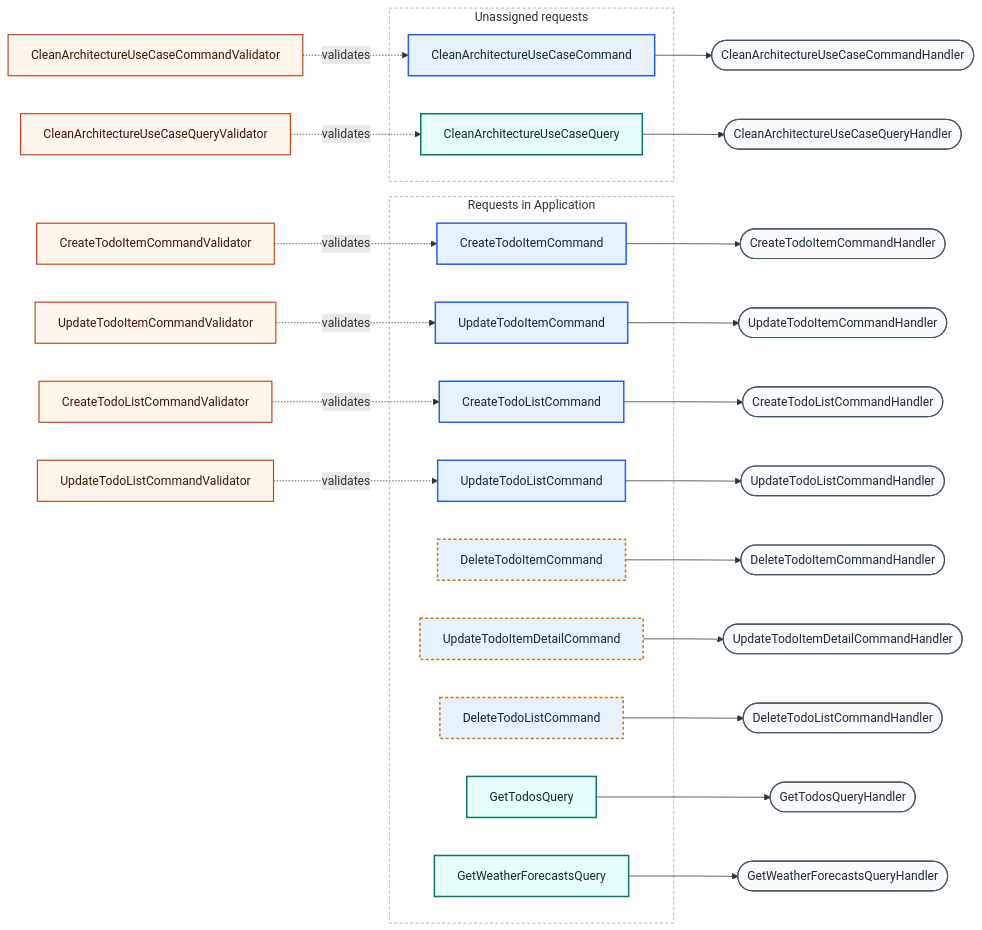
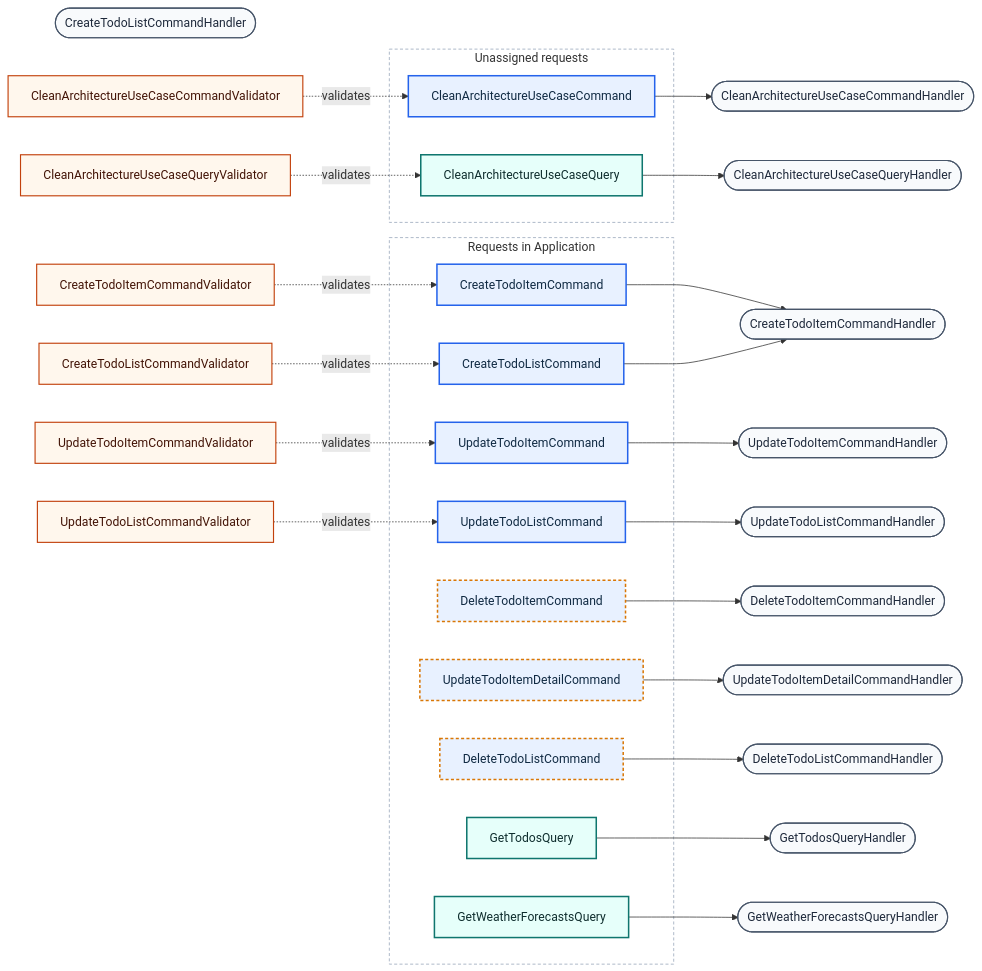
The fifth of 6 diagrams in README.md (AbdullahHakima/cqrslens), drawn with Mermaid before and after one commit. The commit also changed other lines of this file and 11 other files, not shown here.

Commit message:
feat: add architecture diff CLI (--diff/--diff-output) and PR comment Action mode (v0.7.0)

````diff
--- a/README.md
+++ b/README.md
@@ -473,62 +526,62 @@
 ```mermaid
 flowchart LR
     accTitle: CQRS map
     accDescr: 11 requests, 11 handlers, 6 validators, 3 CommandWithoutValidator.
     subgraph prj__unassigned_["Unassigned requests"]
         req_CleanArchitectureUseCaseCommand["CleanArchitectureUseCaseCommand"]:::clsCommand
         req_CleanArchitectureUseCaseQuery["CleanArchitectureUseCaseQuery"]:::clsQuery
     end
     subgraph prj_Application["Requests in Application"]
         req_CreateTodoItemCommand["CreateTodoItemCommand"]:::clsCommand
         req_DeleteTodoItemCommand["DeleteTodoItemCommand"]:::clsCommandNoValidator
         req_UpdateTodoItemCommand["UpdateTodoItemCommand"]:::clsCommand
         req_UpdateTodoItemDetailCommand["UpdateTodoItemDetailCommand"]:::clsCommandNoValidator
         req_CreateTodoListCommand["CreateTodoListCommand"]:::clsCommand
         req_DeleteTodoListCommand["DeleteTodoListCommand"]:::clsCommandNoValidator
         req_UpdateTodoListCommand["UpdateTodoListCommand"]:::clsCommand
         req_GetTodosQuery["GetTodosQuery"]:::clsQuery
         req_GetWeatherForecastsQuery["GetWeatherForecastsQuery"]:::clsQuery
     end
     hdl_CleanArchitectureUseCaseCommandHandler(["CleanArchitectureUseCaseCommandHandler"]):::clsHandler
     hdl_CleanArchitectureUseCaseQueryHandler(["CleanArchitectureUseCaseQueryHandler"]):::clsHandler
     hdl_CreateTodoItemCommandHandler(["CreateTodoItemCommandHandler"]):::clsHandler
     hdl_DeleteTodoItemCommandHandler(["DeleteTodoItemCommandHandler"]):::clsHandler
     hdl_UpdateTodoItemCommandHandler(["UpdateTodoItemCommandHandler"]):::clsHandler
     hdl_UpdateTodoItemDetailCommandHandler(["UpdateTodoItemDetailCommandHandler"]):::clsHandler
     hdl_CreateTodoListCommandHandler(["CreateTodoListCommandHandler"]):::clsHandler
     hdl_DeleteTodoListCommandHandler(["DeleteTodoListCommandHandler"]):::clsHandler
     hdl_UpdateTodoListCommandHandler(["UpdateTodoListCommandHandler"]):::clsHandler
     hdl_GetTodosQueryHandler(["GetTodosQueryHandler"]):::clsHandler
     hdl_GetWeatherForecastsQueryHandler(["GetWeatherForecastsQueryHandler"]):::clsHandler
     val_CleanArchitectureUseCaseCommandValidator["CleanArchitectureUseCaseCommandValidator"]:::clsValidator
     val_CleanArchitectureUseCaseQueryValidator["CleanArchitectureUseCaseQueryValidator"]:::clsValidator
     val_CreateTodoItemCommandValidator["CreateTodoItemCommandValidator"]:::clsValidator
     val_UpdateTodoItemCommandValidator["UpdateTodoItemCommandValidator"]:::clsValidator
     val_CreateTodoListCommandValidator["CreateTodoListCommandValidator"]:::clsValidator
     val_UpdateTodoListCommandValidator["UpdateTodoListCommandValidator"]:::clsValidator
     req_CleanArchitectureUseCaseCommand --> hdl_CleanArchitectureUseCaseCommandHandler
     val_CleanArchitectureUseCaseCommandValidator -.->|validates| req_CleanArchitectureUseCaseCommand
     req_CleanArchitectureUseCaseQuery --> hdl_CleanArchitectureUseCaseQueryHandler
     val_CleanArchitectureUseCaseQueryValidator -.->|validates| req_CleanArchitectureUseCaseQuery
     req_CreateTodoItemCommand --> hdl_CreateTodoItemCommandHandler
     val_CreateTodoItemCommandValidator -.->|validates| req_CreateTodoItemCommand
     req_DeleteTodoItemCommand --> hdl_DeleteTodoItemCommandHandler
     req_UpdateTodoItemCommand --> hdl_UpdateTodoItemCommandHandler
     val_UpdateTodoItemCommandValidator -.->|validates| req_UpdateTodoItemCommand
     req_UpdateTodoItemDetailCommand --> hdl_UpdateTodoItemDetailCommandHandler
-    req_CreateTodoListCommand --> hdl_CreateTodoListCommandHandler
+    req_CreateTodoListCommand --> hdl_CreateTodoItemCommandHandler
     val_CreateTodoListCommandValidator -.->|validates| req_CreateTodoListCommand
     req_DeleteTodoListCommand --> hdl_DeleteTodoListCommandHandler
     req_UpdateTodoListCommand --> hdl_UpdateTodoListCommandHandler
     val_UpdateTodoListCommandValidator -.->|validates| req_UpdateTodoListCommand
     req_GetTodosQuery --> hdl_GetTodosQueryHandler
     req_GetWeatherForecastsQuery --> hdl_GetWeatherForecastsQueryHandler
     style prj__unassigned_ fill:none,stroke:#94a3b8,stroke-dasharray:4 3
     style prj_Application fill:none,stroke:#94a3b8,stroke-dasharray:4 3
     classDef clsCommand fill:#e8f1ff,stroke:#2563eb,stroke-width:2px,color:#102a43
     classDef clsQuery fill:#e6fffa,stroke:#0f766e,stroke-width:2px,color:#0f2e2e
     classDef clsRequest fill:#f5f3ff,stroke:#6d28d9,stroke-width:2px,color:#2e1065
     classDef clsHandler fill:#f8fafc,stroke:#475569,stroke-width:1.5px,color:#1e293b
     classDef clsValidator fill:#fff7ed,stroke:#c2410c,stroke-width:1.5px,color:#431407
     classDef clsCommandNoValidator fill:#e8f1ff,stroke:#d97706,stroke-width:2px,stroke-dasharray:4 3,color:#102a43
 ```
````
